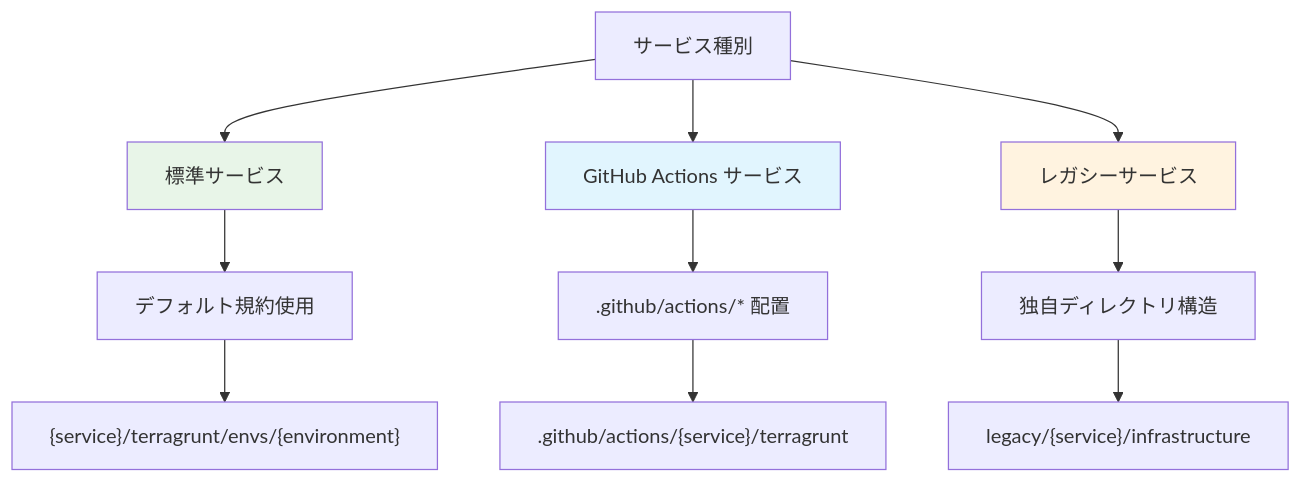
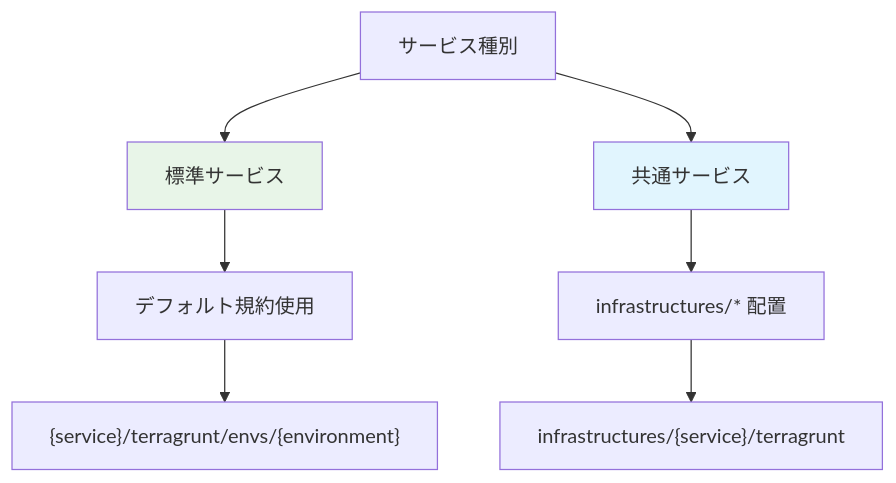
The second of 5 diagrams in .github/scripts/shared/README.md (panicboat/monorepo), drawn with Mermaid before and after one commit. The commit also changed other lines of this file and 18 other files, not shown here.

````diff
--- a/.github/scripts/shared/README.md
+++ b/.github/scripts/shared/README.md
@@ -106,18 +86,14 @@
 ```mermaid
 graph TD
     A[サービス種別] --> B[標準サービス]
-    A --> C[GitHub Actions サービス]
-    A --> D[レガシーサービス]
+    A --> C[共通サービス]
 
     B --> E[デフォルト規約使用]
-    C --> F[.github/actions/* 配置]
-    D --> G[独自ディレクトリ構造]
+    C --> F[infrastructures/* 配置]
 
     E --> H["{service}/terragrunt/envs/{environment}"]
-    F --> I[".github/actions/{service}/terragrunt"]
-    G --> J["legacy/{service}/infrastructure"]
+    F --> I["infrastructures/{service}/terragrunt"]
 
     style B fill:#e8f5e8
     style C fill:#e1f5fe
-    style D fill:#fff3e0
 ```
````
